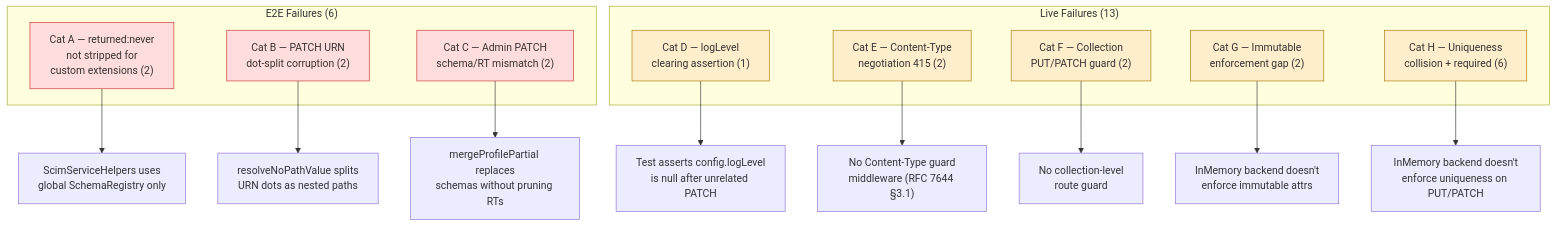
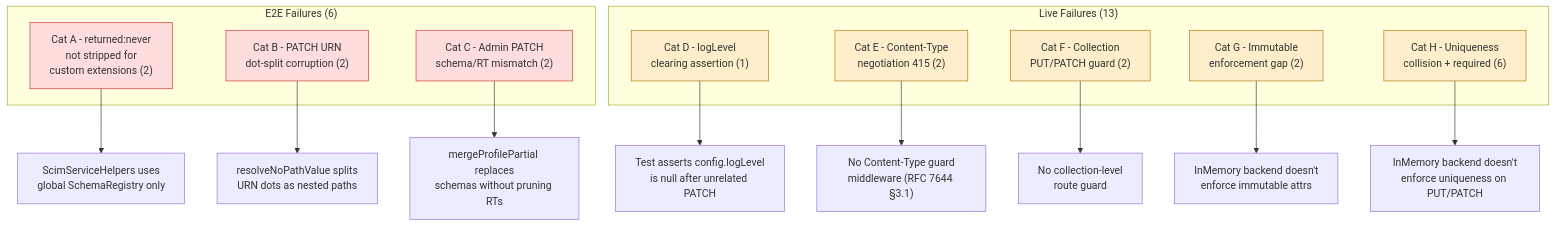
The first of 2 diagrams in docs/TEST_FAILURE_ANALYSIS.md (pranems/SCIMServer), drawn with Mermaid before and after one commit. The commit also changed other lines of this file and 337 other files, not shown here.

````diff
--- a/docs/TEST_FAILURE_ANALYSIS.md
+++ b/docs/TEST_FAILURE_ANALYSIS.md
@@ -25,34 +25,34 @@
 ```mermaid
 graph TD
     subgraph "E2E Failures (6)"
-        E1["Cat A — returned:never<br/>not stripped for<br/>custom extensions (2)"]
-        E2["Cat B — PATCH URN<br/>dot-split corruption (2)"]
-        E3["Cat C — Admin PATCH<br/>schema/RT mismatch (2)"]
+        E1["Cat A - returned:never<br/>not stripped for<br/>custom extensions (2)"]
+        E2["Cat B - PATCH URN<br/>dot-split corruption (2)"]
+        E3["Cat C - Admin PATCH<br/>schema/RT mismatch (2)"]
     end
 
     subgraph "Live Failures (13)"
-        L1["Cat D — logLevel<br/>clearing assertion (1)"]
-        L2["Cat E — Content-Type<br/>negotiation 415 (2)"]
-        L3["Cat F — Collection<br/>PUT/PATCH guard (2)"]
-        L4["Cat G — Immutable<br/>enforcement gap (2)"]
-        L5["Cat H — Uniqueness<br/>collision + required (6)"]
+        L1["Cat D - logLevel<br/>clearing assertion (1)"]
+        L2["Cat E - Content-Type<br/>negotiation 415 (2)"]
+        L3["Cat F - Collection<br/>PUT/PATCH guard (2)"]
+        L4["Cat G - Immutable<br/>enforcement gap (2)"]
+        L5["Cat H - Uniqueness<br/>collision + required (6)"]
     end
 
     E1 --> RC1["ScimServiceHelpers uses<br/>global SchemaRegistry only"]
     E2 --> RC2["resolveNoPathValue splits<br/>URN dots as nested paths"]
     E3 --> RC3["mergeProfilePartial replaces<br/>schemas without pruning RTs"]
     L1 --> RC4["Test asserts config.logLevel<br/>is null after unrelated PATCH"]
     L2 --> RC5["No Content-Type guard<br/>middleware (RFC 7644 §3.1)"]
     L3 --> RC6["No collection-level<br/>route guard"]
     L4 --> RC7["InMemory backend doesn't<br/>enforce immutable attrs"]
     L5 --> RC8["InMemory backend doesn't<br/>enforce uniqueness on PUT/PATCH"]
 
     style E1 fill:#fdd,stroke:#c33
     style E2 fill:#fdd,stroke:#c33
     style E3 fill:#fdd,stroke:#c33
     style L1 fill:#fec,stroke:#a70
     style L2 fill:#fec,stroke:#a70
     style L3 fill:#fec,stroke:#a70
     style L4 fill:#fec,stroke:#a70
     style L5 fill:#fec,stroke:#a70
 ```
````
